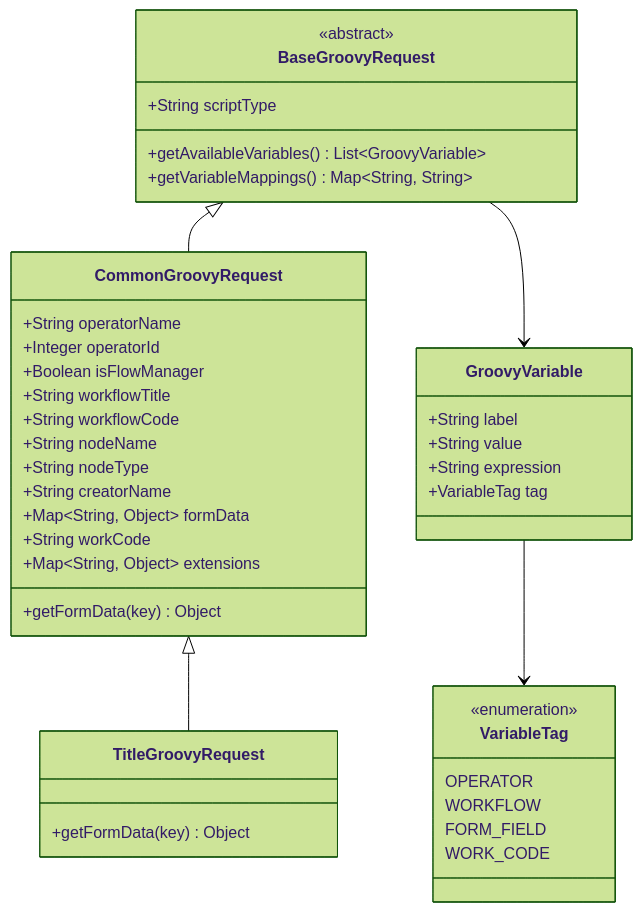
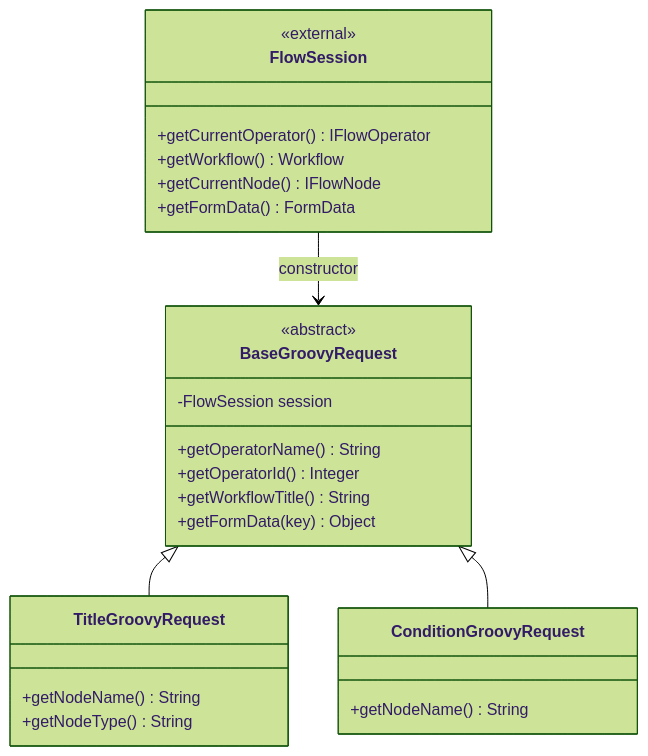
One commit to codingapi/flow-engine changed the second of 3 diagrams in docs/2026-02-28-groovy-script-architecture/plan.md. Above: the diagram before and after it, drawn with Mermaid (forest theme). The commit also changed other lines of this file and 1 other file, not shown here.

First line of the commit message:
docs: 添加前端模块划分规范和 Groovy 脚本架构方案

````diff
--- a/docs/2026-02-28-groovy-script-architecture/plan.md
+++ b/docs/2026-02-28-groovy-script-architecture/plan.md
@@ -61,48 +162,32 @@
 ```mermaid
 classDiagram
+    class FlowSession {
+        <<external>>
+        +getCurrentOperator() IFlowOperator
+        +getWorkflow() Workflow
+        +getCurrentNode() IFlowNode
+        +getFormData() FormData
+    }
+
     class BaseGroovyRequest {
         <<abstract>>
-        +String scriptType
-        +getAvailableVariables() List~GroovyVariable~
-        +getVariableMappings() Map~String, String~
-    }
-
-    class CommonGroovyRequest {
-        +String operatorName
-        +Integer operatorId
-        +Boolean isFlowManager
-        +String workflowTitle
-        +String workflowCode
-        +String nodeName
-        +String nodeType
-        +String creatorName
-        +Map~String, Object~ formData
-        +String workCode
-        +Map~String, Object~ extensions
+        -FlowSession session
+        +getOperatorName() String
+        +getOperatorId() Integer
+        +getWorkflowTitle() String
         +getFormData(key) Object
     }
 
     class TitleGroovyRequest {
-        +getFormData(key) Object
+        +getNodeName() String
+        +getNodeType() String
     }
 
-    class GroovyVariable {
-        +String label
-        +String value
-        +String expression
-        +VariableTag tag
+    class ConditionGroovyRequest {
+        +getNodeName() String
     }
 
-    class VariableTag {
-        <<enumeration>>
-        OPERATOR
-        WORKFLOW
-        FORM_FIELD
-        WORK_CODE
-    }
-
-    BaseGroovyRequest <|-- CommonGroovyRequest
-    CommonGroovyRequest <|-- TitleGroovyRequest
-    BaseGroovyRequest --> GroovyVariable
-    GroovyVariable --> VariableTag
+    FlowSession --> BaseGroovyRequest: constructor
+    BaseGroovyRequest <|-- TitleGroovyRequest
+    BaseGroovyRequest <|-- ConditionGroovyRequest
 ```
````
